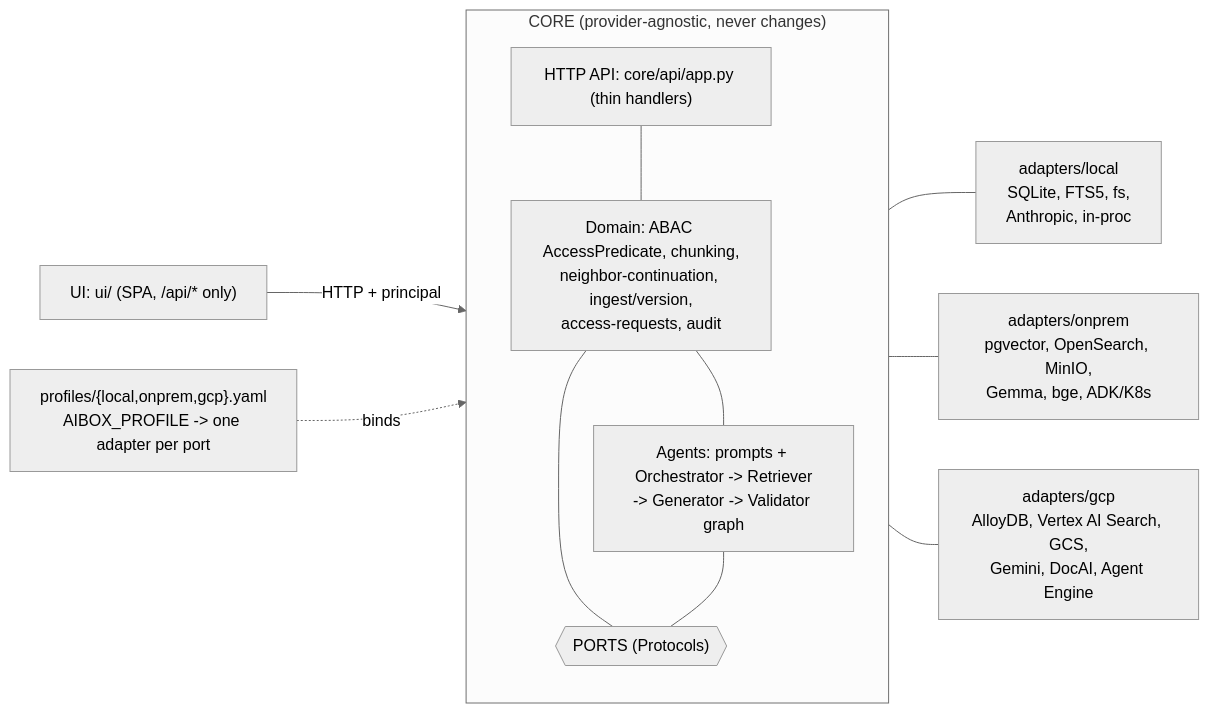
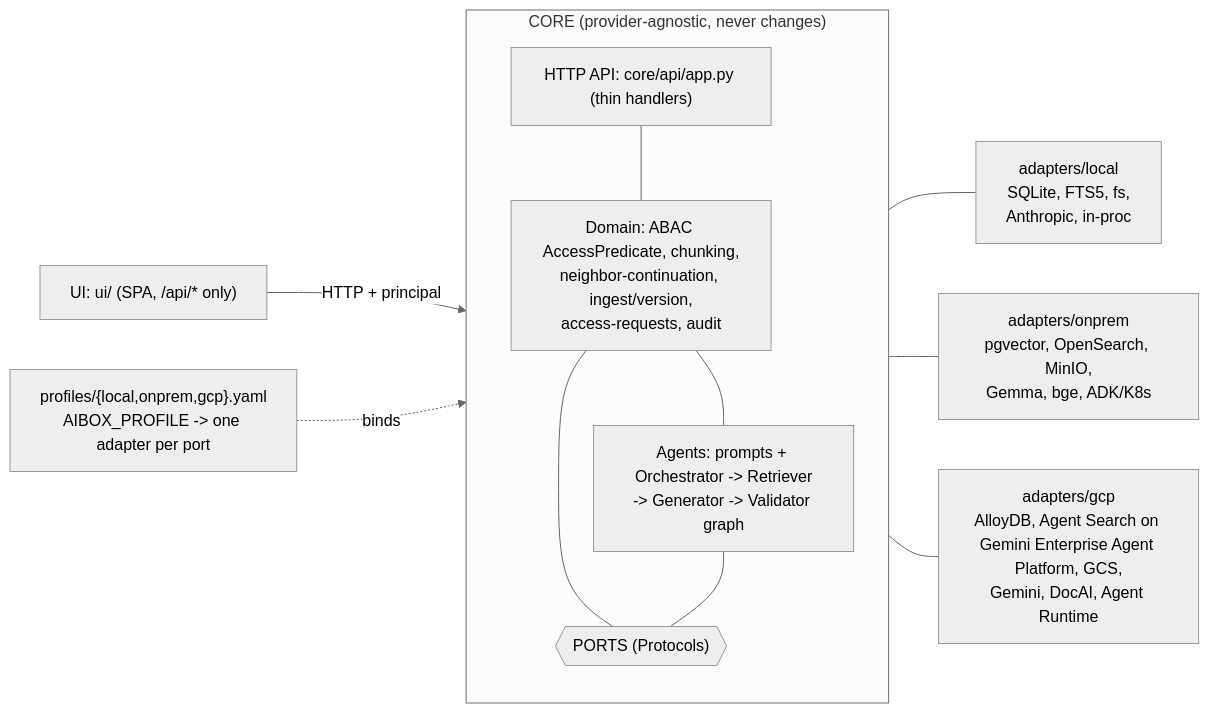
Before and after one commit to ashishawasthi/unlock-search: the diagram in README.md, drawn with Mermaid (neutral theme). The commit also changed other lines of this file and 28 other files, not shown here.

````diff
--- a/README.md
+++ b/README.md
@@ -79,22 +79,22 @@
 ```mermaid
 flowchart LR
     subgraph CORE["CORE (provider-agnostic, never changes)"]
         direction TB
         DOM["Domain: ABAC AccessPredicate, chunking,<br/>neighbor-continuation, ingest/version,<br/>access-requests, audit"]
         AG["Agents: prompts + Orchestrator -> Retriever<br/>-> Generator -> Validator graph"]
         API["HTTP API: core/api/app.py (thin handlers)"]
         PORTS{{"PORTS (Protocols)"}}
         API --- DOM
         DOM --- AG
         DOM --- PORTS
         AG --- PORTS
     end
 
     UI["UI: ui/ (SPA, /api/* only)"] -->|HTTP + principal| API
 
     PORTS --- L["adapters/local<br/>SQLite, FTS5, fs,<br/>Anthropic, in-proc"]
     PORTS --- O["adapters/onprem<br/>pgvector, OpenSearch, MinIO,<br/>Gemma, bge, ADK/K8s"]
-    PORTS --- G["adapters/gcp<br/>AlloyDB, Vertex AI Search, GCS,<br/>Gemini, DocAI, Agent Engine"]
+    PORTS --- G["adapters/gcp<br/>AlloyDB, Agent Search on Gemini Enterprise Agent Platform, GCS,<br/>Gemini, DocAI, Agent Runtime"]
 
     PROF["profiles/{local,onprem,gcp}.yaml<br/>AIBOX_PROFILE -> one adapter per port"] -.->|binds| PORTS
 ```
````
